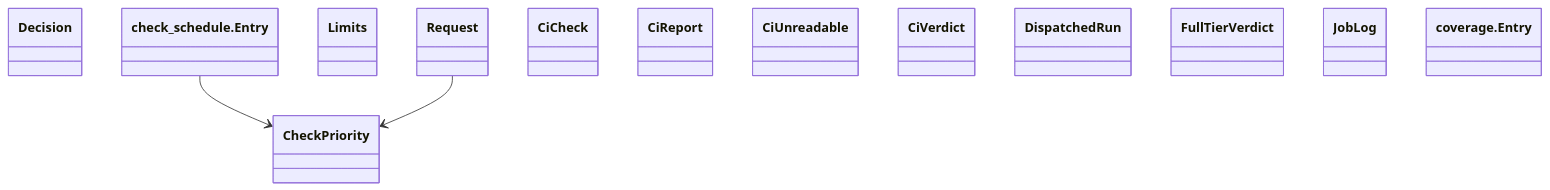
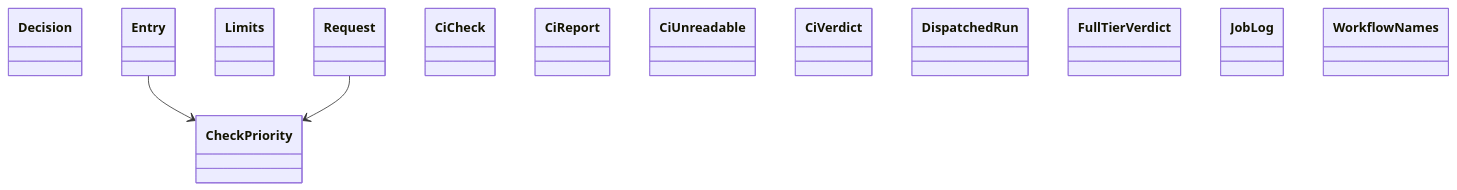
One commit to GonzaloZevallos/agentic-system changed the diagram in docs/architecture/generated/classes-process-domain-checks-1.md. Above: the diagram before and after it, drawn with Mermaid. The commit also changed 9 other files, not shown here.

Commit message:
Regenerate the architecture docs after merging GH-469

````diff
--- a/docs/architecture/generated/classes-process-domain-checks-1.md
+++ b/docs/architecture/generated/classes-process-domain-checks-1.md
@@ -21,18 +21,18 @@
 ```mermaid
 classDiagram
     class check_schedule__CheckPriority["CheckPriority"]
     class check_schedule__Decision["Decision"]
-    class check_schedule__Entry["check_schedule.Entry"]
+    class check_schedule__Entry["Entry"]
     class check_schedule__Limits["Limits"]
     class check_schedule__Request["Request"]
     class ci__CiCheck["CiCheck"]
     class ci__CiReport["CiReport"]
     class ci__CiUnreadable["CiUnreadable"]
     class ci__CiVerdict["CiVerdict"]
     class ci__DispatchedRun["DispatchedRun"]
     class ci__FullTierVerdict["FullTierVerdict"]
     class ci__JobLog["JobLog"]
-    class coverage__Entry["coverage.Entry"]
+    class ci_workflow__WorkflowNames["WorkflowNames"]
     check_schedule__Entry --> check_schedule__CheckPriority
     check_schedule__Request --> check_schedule__CheckPriority
 ```
````
